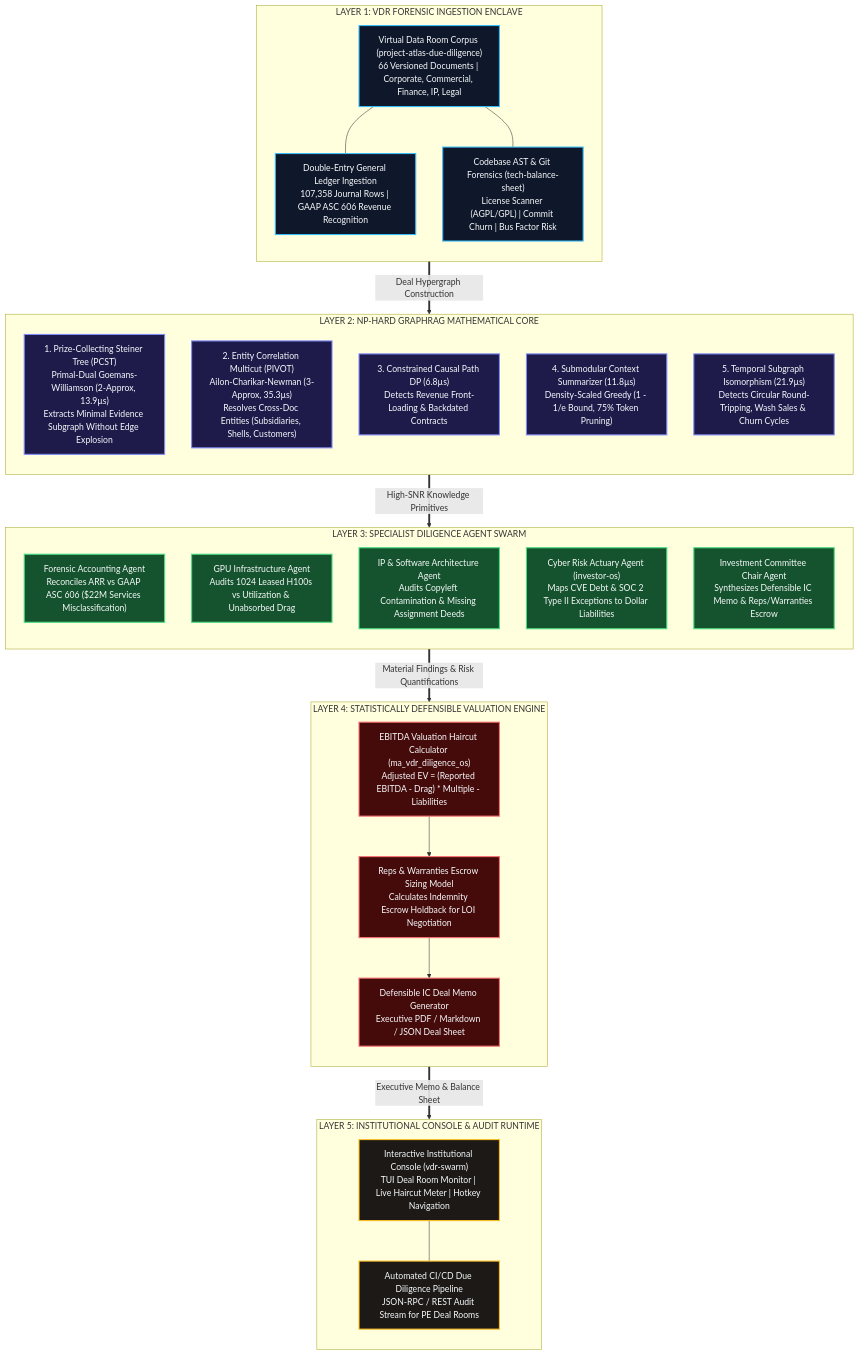
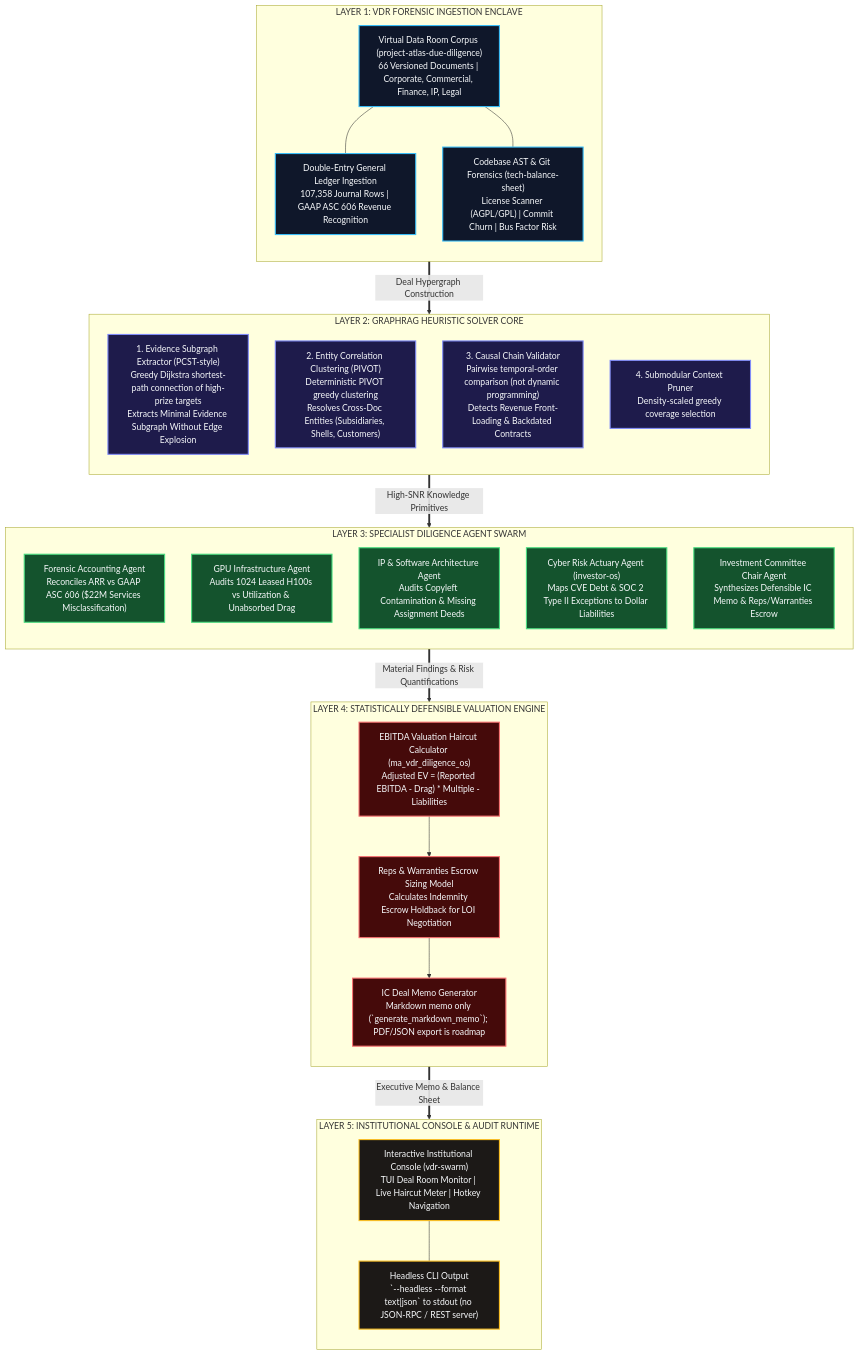
One commit to AAH20/apex-vdr-swarm changed the first of 3 diagrams in README.md. Above: the diagram before and after it, drawn with Mermaid. The commit also changed other lines of this file and 1 other file, not shown here.

Commit message:
docs: correct README claims not backed by implementation

````diff
--- a/README.md
+++ b/README.md
@@ -31,69 +30,68 @@
 ```mermaid
 flowchart TB
     %% ==========================================
     %% apex-vdr-swarm ARCHIFY SYSTEM ARCHITECTURE
     %% Designed with diagram-design standards
     %% ==========================================
 
     subgraph L1_VDR ["LAYER 1: VDR FORENSIC INGESTION ENCLAVE"]
         direction TB
         VDR_CORPUS["Virtual Data Room Corpus (project-atlas-due-diligence)<br/>66 Versioned Documents | Corporate, Commercial, Finance, IP, Legal"]
         LEDGER_INGEST["Double-Entry General Ledger Ingestion<br/>107,358 Journal Rows | GAAP ASC 606 Revenue Recognition"]
         CODE_SCAN["Codebase AST & Git Forensics (tech-balance-sheet)<br/>License Scanner (AGPL/GPL) | Commit Churn | Bus Factor Risk"]
         VDR_CORPUS --- LEDGER_INGEST
         VDR_CORPUS --- CODE_SCAN
     end
 
-    subgraph L2_KERNEL ["LAYER 2: NP-HARD GRAPHRAG MATHEMATICAL CORE"]
+    subgraph L2_KERNEL ["LAYER 2: GRAPHRAG HEURISTIC SOLVER CORE"]
         direction TB
-        PCST_SOLVER["1. Prize-Collecting Steiner Tree (PCST)<br/>Primal-Dual Goemans-Williamson (2-Approx, 13.9µs)<br/>Extracts Minimal Evidence Subgraph Without Edge Explosion"]
-        PIVOT_MULTICUT["2. Entity Correlation Multicut (PIVOT)<br/>Ailon-Charikar-Newman (3-Approx, 35.3µs)<br/>Resolves Cross-Doc Entities (Subsidiaries, Shells, Customers)"]
-        CAUSAL_DP["3. Constrained Causal Path DP (6.8µs)<br/>Detects Revenue Front-Loading & Backdated Contracts"]
-        SUBMOD_KNAP["4. Submodular Context Summarizer (11.8µs)<br/>Density-Scaled Greedy (1 - 1/e Bound, 75% Token Pruning)"]
-        TEMPORAL_VF2["5. Temporal Subgraph Isomorphism (21.9µs)<br/>Detects Circular Round-Tripping, Wash Sales & Churn Cycles"]
+        PCST_SOLVER["1. Evidence Subgraph Extractor (PCST-style)<br/>Greedy Dijkstra shortest-path connection of high-prize targets<br/>Extracts Minimal Evidence Subgraph Without Edge Explosion"]
+        PIVOT_MULTICUT["2. Entity Correlation Clustering (PIVOT)<br/>Deterministic PIVOT greedy clustering<br/>Resolves Cross-Doc Entities (Subsidiaries, Shells, Customers)"]
+        CAUSAL_DP["3. Causal Chain Validator<br/>Pairwise temporal-order comparison (not dynamic programming)<br/>Detects Revenue Front-Loading & Backdated Contracts"]
+        SUBMOD_KNAP["4. Submodular Context Pruner<br/>Density-scaled greedy coverage selection"]
     end
 
     subgraph L3_SWARM ["LAYER 3: SPECIALIST DILIGENCE AGENT SWARM"]
         direction TB
         FIN_AGENT["Forensic Accounting Agent<br/>Reconciles ARR vs GAAP ASC 606 ($22M Services Misclassification)"]
         GPU_AGENT["GPU Infrastructure Agent<br/>Audits 1024 Leased H100s vs Utilization & Unabsorbed Drag"]
         IP_AGENT["IP & Software Architecture Agent<br/>Audits Copyleft Contamination & Missing Assignment Deeds"]
         CYBER_AGENT["Cyber Risk Actuary Agent (investor-os)<br/>Maps CVE Debt & SOC 2 Type II Exceptions to Dollar Liabilities"]
         CHAIR_AGENT["Investment Committee Chair Agent<br/>Synthesizes Defensible IC Memo & Reps/Warranties Escrow"]
     end
 
     subgraph L4_VALUATION ["LAYER 4: STATISTICALLY DEFENSIBLE VALUATION ENGINE"]
         direction TB
         EBITDA_HAIRCUT["EBITDA Valuation Haircut Calculator (ma_vdr_diligence_os)<br/>Adjusted EV = (Reported EBITDA - Drag) * Multiple - Liabilities"]
         ESCROW_MODEL["Reps & Warranties Escrow Sizing Model<br/>Calculates Indemnity Escrow Holdback for LOI Negotiation"]
-        DEAL_MEMO["Defensible IC Deal Memo Generator<br/>Executive PDF / Markdown / JSON Deal Sheet"]
+        DEAL_MEMO["IC Deal Memo Generator<br/>Markdown memo only (`generate_markdown_memo`); PDF/JSON export is roadmap"]
         EBITDA_HAIRCUT --> ESCROW_MODEL
         ESCROW_MODEL --> DEAL_MEMO
     end
 
     subgraph L5_CONSOLE ["LAYER 5: INSTITUTIONAL CONSOLE & AUDIT RUNTIME"]
         direction TB
         VDR_TUI["Interactive Institutional Console (vdr-swarm)<br/>TUI Deal Room Monitor | Live Haircut Meter | Hotkey Navigation"]
-        HEADLESS_STREAM["Automated CI/CD Due Diligence Pipeline<br/>JSON-RPC / REST Audit Stream for PE Deal Rooms"]
+        HEADLESS_STREAM["Headless CLI Output<br/>`--headless --format text|json` to stdout (no JSON-RPC / REST server)"]
         VDR_TUI --- HEADLESS_STREAM
     end
 
     %% Cross-Layer Interconnections
     L1_VDR ==>|"Deal Hypergraph Construction"| L2_KERNEL
     L2_KERNEL ==>|"High-SNR Knowledge Primitives"| L3_SWARM
     L3_SWARM ==>|"Material Findings & Risk Quantifications"| L4_VALUATION
     L4_VALUATION ==>|"Executive Memo & Balance Sheet"| L5_CONSOLE
 
     %% Diagram-Design High-Contrast Accessible Styling
     classDef vdrStyle fill:#0f172a,stroke:#38bdf8,stroke-width:2px,color:#f8fafc;
     classDef kernStyle fill:#1e1b4b,stroke:#818cf8,stroke-width:2px,color:#f8fafc;
     classDef swarmStyle fill:#14532d,stroke:#4ade80,stroke-width:2px,color:#f8fafc;
     classDef valStyle fill:#450a0a,stroke:#f87171,stroke-width:2px,color:#f8fafc;
     classDef conStyle fill:#1c1917,stroke:#fbbf24,stroke-width:2px,color:#f8fafc;
 
     class VDR_CORPUS,LEDGER_INGEST,CODE_SCAN vdrStyle;
-    class PCST_SOLVER,PIVOT_MULTICUT,CAUSAL_DP,SUBMOD_KNAP,TEMPORAL_VF2 kernStyle;
+    class PCST_SOLVER,PIVOT_MULTICUT,CAUSAL_DP,SUBMOD_KNAP kernStyle;
     class FIN_AGENT,GPU_AGENT,IP_AGENT,CYBER_AGENT,CHAIR_AGENT swarmStyle;
     class EBITDA_HAIRCUT,ESCROW_MODEL,DEAL_MEMO valStyle;
     class VDR_TUI,HEADLESS_STREAM conStyle;
 ```
````
